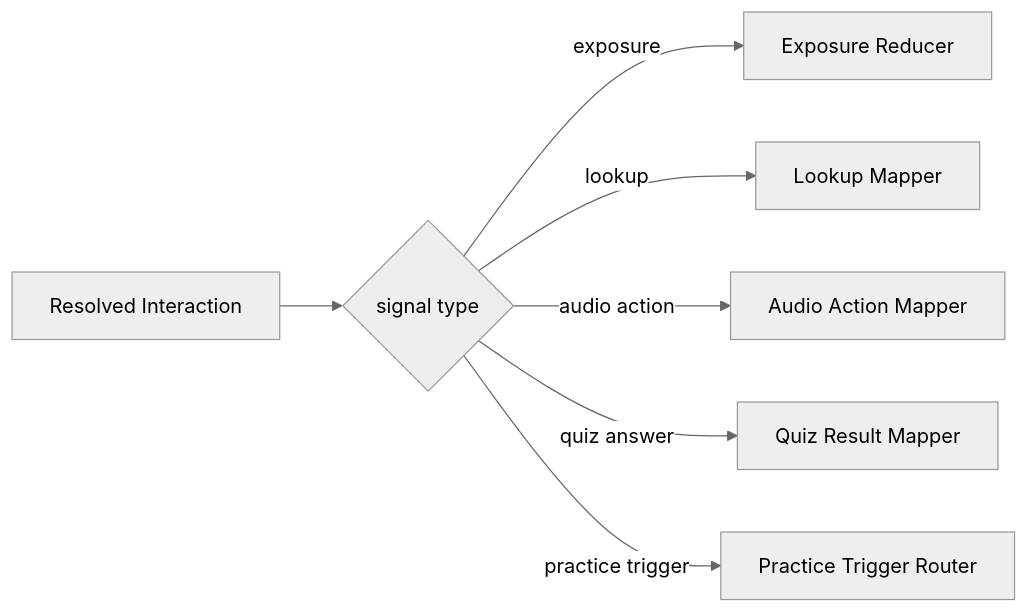
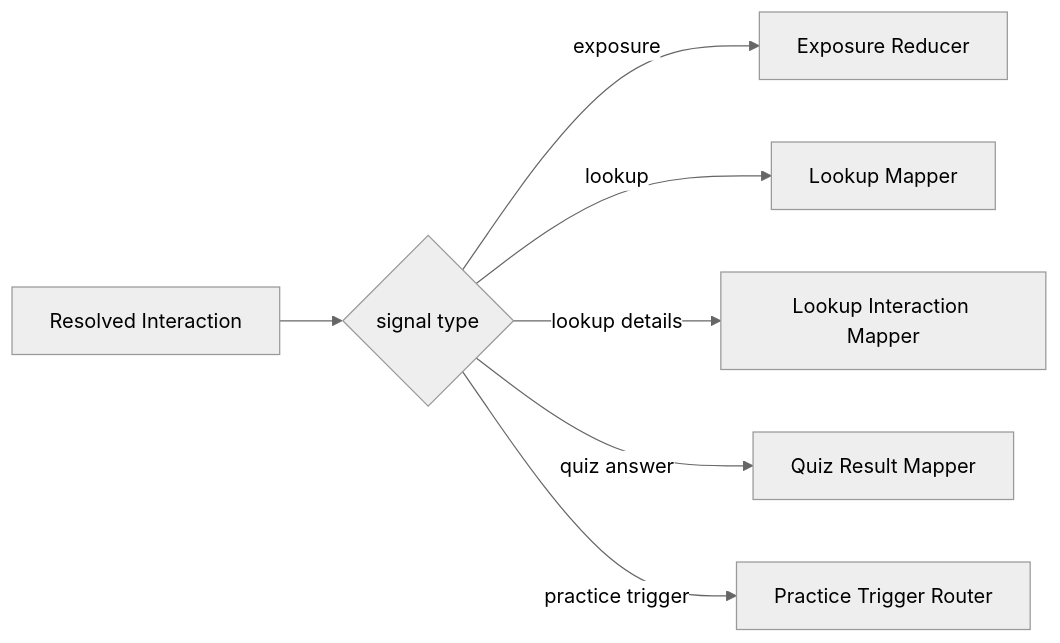
One commit to bionicotaku/learning-video-recommendation-system changed the fourth of 9 diagrams in docs/学习互动信号架构图.md. Above: the diagram before and after it, drawn with Mermaid (neutral theme). The commit also changed other lines of this file and 12 other files, not shown here.

````diff
--- a/docs/学习互动信号架构图.md
+++ b/docs/学习互动信号架构图.md
@@ -243,9 +243,9 @@
 ```mermaid
 flowchart LR
     A["Resolved Interaction"] --> B{"signal type"}
     B -->|exposure| C["Exposure Reducer"]
     B -->|lookup| D["Lookup Mapper"]
-    B -->|audio action| E["Audio Action Mapper"]
+    B -->|lookup details| E["Lookup Interaction Mapper"]
     B -->|quiz answer| F["Quiz Result Mapper"]
     B -->|practice trigger| G["Practice Trigger Router"]
 ```
````
